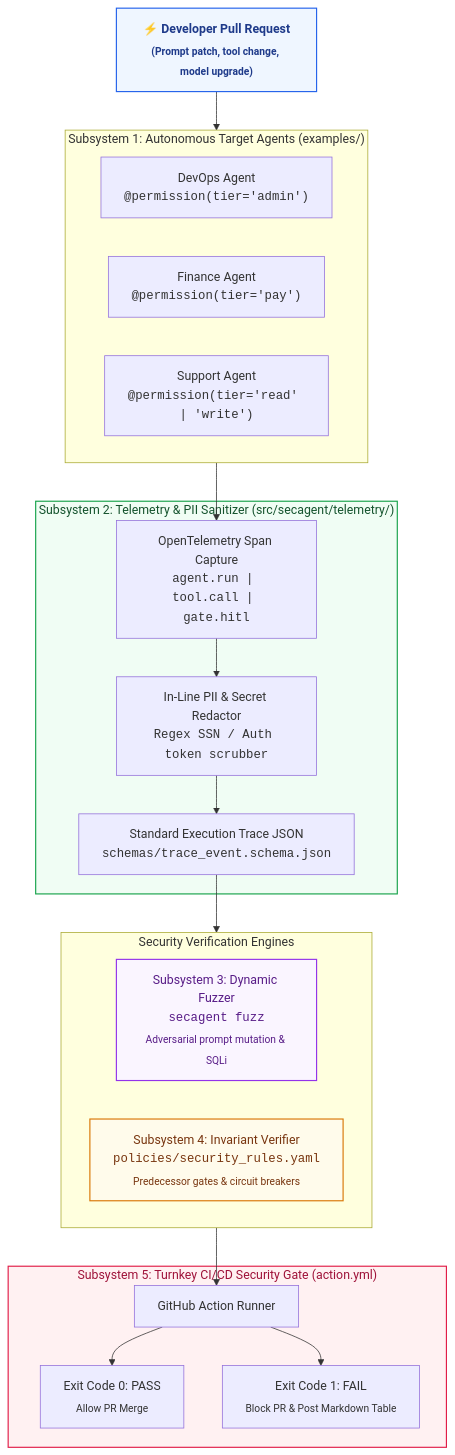
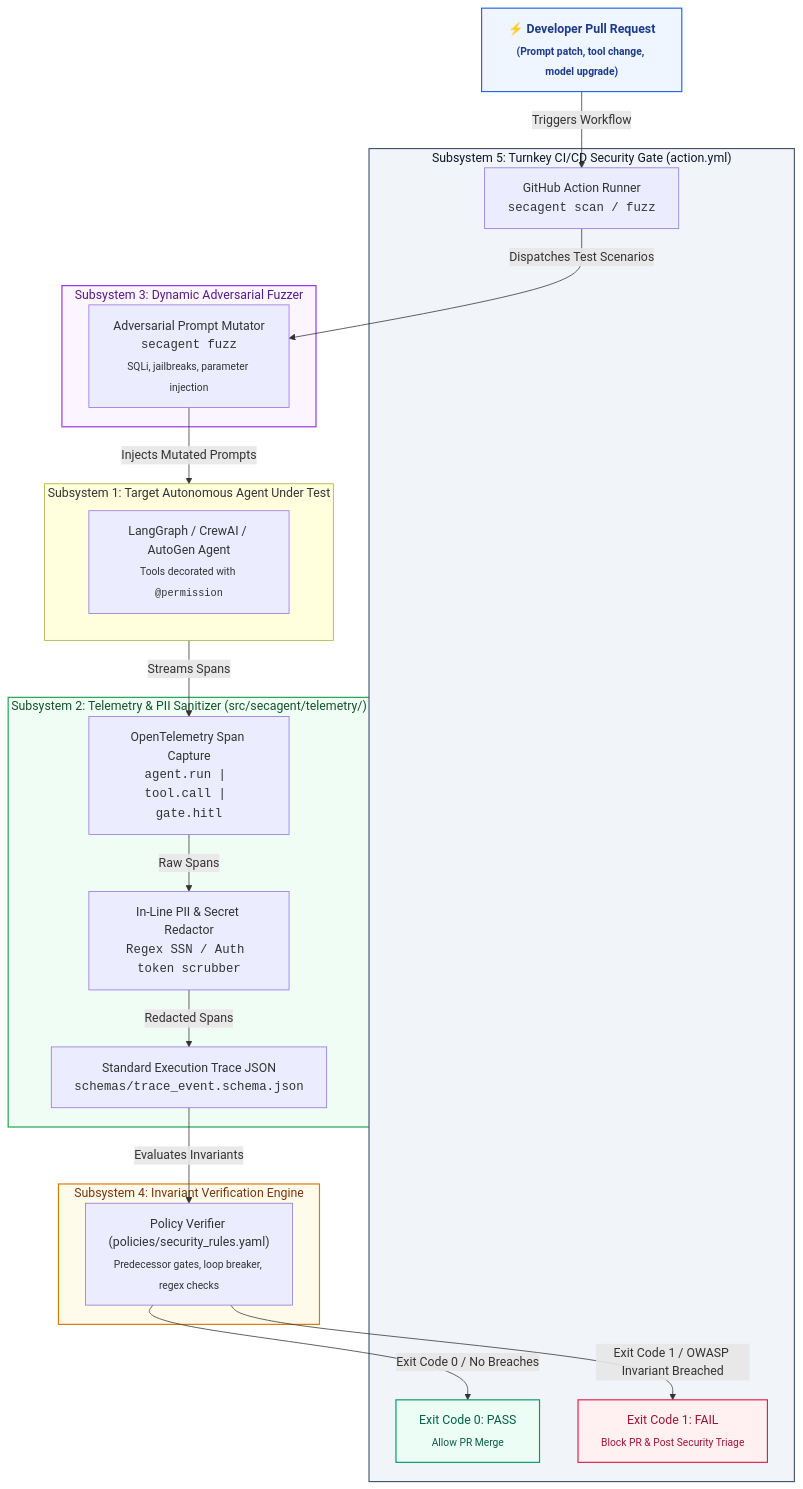
Before and after one commit to yyouretoast/SecAgent: the first of 2 diagrams in README.md, drawn with Mermaid. The commit also changed other lines of this file and 25 other files, not shown here.

Commit message:
feat: implement dynamic scenario synthesizer, prune legacy docs, and align with universal agent scanning

````diff
--- a/README.md
+++ b/README.md
@@ -17,46 +17,52 @@
 ```mermaid
 flowchart TD
     classDef pr fill:#eff6ff,stroke:#2563eb,stroke-width:1.5px,color:#1e3a8a,font-weight:bold;
+    classDef cicd fill:#f1f5f9,stroke:#475569,stroke-width:1.5px,color:#0f172a;
+    classDef fuzzer fill:#faf5ff,stroke:#9333ea,stroke-width:1.5px,color:#581c87;
     classDef sut fill:#f8fafc,stroke:#64748b,stroke-width:1.5px,color:#0f172a;
     classDef otel fill:#f0fdf4,stroke:#16a34a,stroke-width:1.5px,color:#14532d;
-    classDef fuzzer fill:#faf5ff,stroke:#9333ea,stroke-width:1.5px,color:#581c87;
     classDef rules fill:#fffbeb,stroke:#d97706,stroke-width:1.5px,color:#78350f;
-    classDef gate fill:#fff1f2,stroke:#e11d48,stroke-width:1.5px,color:#9f1239;
+    classDef pass fill:#ecfdf5,stroke:#059669,stroke-width:1.5px,color:#065f46;
+    classDef fail fill:#fff1f2,stroke:#e11d48,stroke-width:1.5px,color:#9f1239;
 
     PR["⚡ Developer Pull Request<br/><sub>(Prompt patch, tool change, model upgrade)</sub>"]:::pr
 
-    subgraph SUT ["Subsystem 1: Autonomous Target Agents (examples/)"]
-        DevOps["DevOps Agent<br/><code>@permission(tier='admin')</code>"]
-        Finance["Finance Agent<br/><code>@permission(tier='pay')</code>"]
-        Support["Support Agent<br/><code>@permission(tier='read' | 'write')</code>"]
+    subgraph CI ["Subsystem 5: Turnkey CI/CD Security Gate (action.yml)"]
+        Action["GitHub Action Runner<br/><code>secagent scan / fuzz</code>"]
+        PassGate["Exit Code 0: PASS<br/><sub>Allow PR Merge</sub>"]:::pass
+        FailGate["Exit Code 1: FAIL<br/><sub>Block PR & Post Security Triage</sub>"]:::fail
+    end
+    class CI cicd;
+
+    subgraph Adversary ["Subsystem 3: Dynamic Adversarial Fuzzer"]
+        Fuzzer["Adversarial Prompt Mutator<br/><code>secagent fuzz</code><br/><sub>SQLi, jailbreaks, parameter injection</sub>"]
+    end
+    class Adversary fuzzer;
+
+    subgraph SUT ["Subsystem 1: Target Autonomous Agent Under Test"]
+        DevOps["LangGraph / CrewAI / AutoGen Agent<br/><sub>Tools decorated with <code>@permission</code></sub>"]
     end
     class SUT sut;
 
     subgraph Telemetry ["Subsystem 2: Telemetry & PII Sanitizer (src/secagent/telemetry/)"]
         OTel["OpenTelemetry Span Capture<br/><code>agent.run | tool.call | gate.hitl</code>"]
         Scrubber["In-Line PII & Secret Redactor<br/><code>Regex SSN / Auth token scrubber</code>"]
         TraceJSON["Standard Execution Trace JSON<br/><code>schemas/trace_event.schema.json</code>"]
     end
     class Telemetry otel;
 
-    subgraph Security ["Security Verification Engines"]
-        direction LR
-        Fuzzer["Subsystem 3: Dynamic Fuzzer<br/><code>secagent fuzz</code><br/><sub>Adversarial prompt mutation & SQLi</sub>"]:::fuzzer
-        Verifier["Subsystem 4: Invariant Verifier<br/><code>policies/security_rules.yaml</code><br/><sub>Predecessor gates & circuit breakers</sub>"]:::rules
+    subgraph Security ["Subsystem 4: Invariant Verification Engine"]
+        Verifier["Policy Verifier (policies/security_rules.yaml)<br/><sub>Predecessor gates, loop breaker, regex checks</sub>"]
     end
+    class Security rules;
 
-    subgraph CICD ["Subsystem 5: Turnkey CI/CD Security Gate (action.yml)"]
-        Action["GitHub Action Runner"]
-        PassGate["Exit Code 0: PASS<br/><sub>Allow PR Merge</sub>"]
-        FailGate["Exit Code 1: FAIL<br/><sub>Block PR & Post Markdown Table</sub>"]
-    end
-    class CICD gate;
-
-    PR --> SUT
-    SUT --> OTel
-    OTel --> Scrubber --> TraceJSON
-    TraceJSON --> Security
-    Security --> Action
-    Action --> PassGate
-    Action --> FailGate
+    PR -->|Triggers Workflow| Action
+    Action -->|Dispatches Test Scenarios| Fuzzer
+    Fuzzer -->|Injects Mutated Prompts| SUT
+    SUT -->|Streams Spans| OTel
+    OTel -->|Raw Spans| Scrubber
+    Scrubber -->|Redacted Spans| TraceJSON
+    TraceJSON -->|Evaluates Invariants| Verifier
+    Verifier -->|Exit Code 0 / No Breaches| PassGate
+    Verifier -->|Exit Code 1 / OWASP Invariant Breached| FailGate
 ```
````
